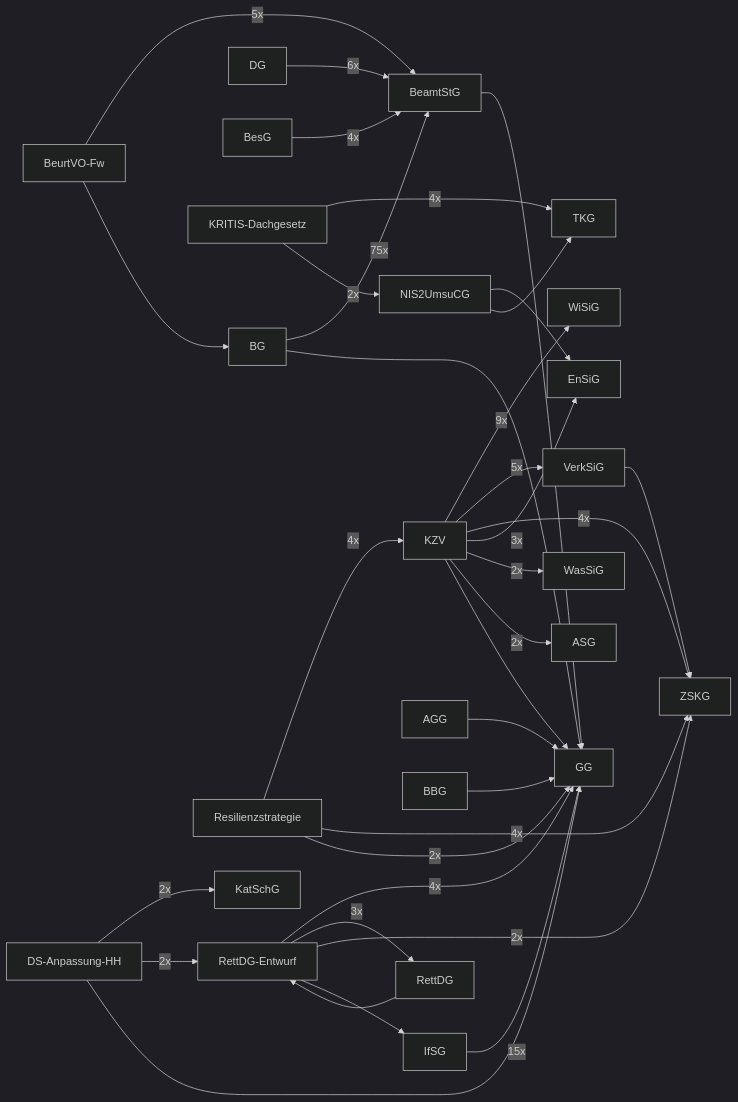
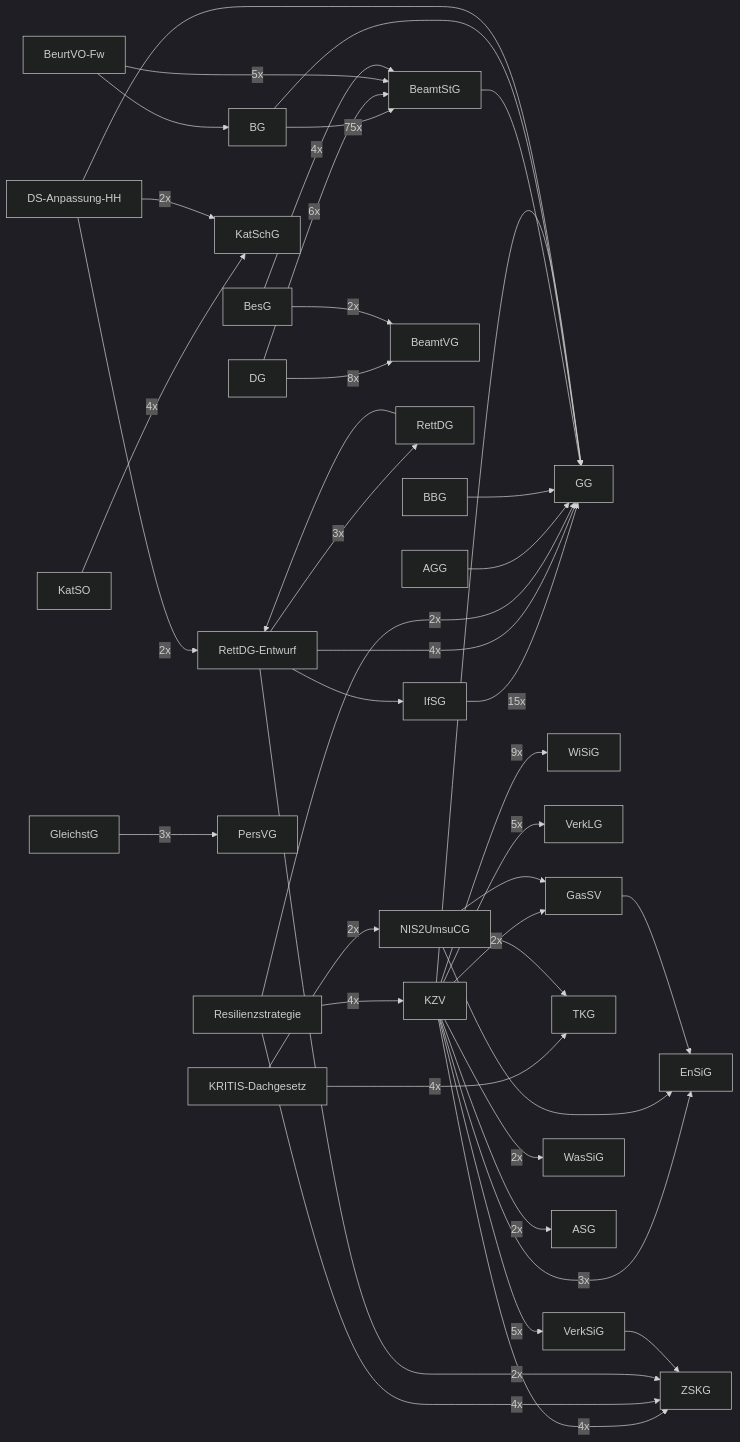
The diagram in README.md (tobiaswildezahn/rechtssammlung), drawn with Mermaid (dark theme) before and after one commit. The commit also changed other lines of this file, not shown here.

````diff
--- a/README.md
+++ b/README.md
@@ -99,60 +100,74 @@
 ```mermaid
 graph LR
     BG["BG"]
     BeamtStG["BeamtStG"]
     BG -->|75x| BeamtStG
     IfSG["IfSG"]
     GG["GG"]
     IfSG -->|15x| GG
     KZV["KZV"]
     WiSiG["WiSiG"]
     KZV -->|9x| WiSiG
     DG["DG"]
+    BeamtVG["BeamtVG"]
+    DG -->|8x| BeamtVG
     DG -->|6x| BeamtStG
     BeurtVO_Fw["BeurtVO-Fw"]
     BeurtVO_Fw -->|5x| BeamtStG
+    VerkLG["VerkLG"]
+    KZV -->|5x| VerkLG
     VerkSiG["VerkSiG"]
     KZV -->|5x| VerkSiG
     BesG["BesG"]
     BesG -->|4x| BeamtStG
+    KatSO["KatSO"]
+    KatSchG["KatSchG"]
+    KatSO -->|4x| KatSchG
     KRITIS_Dachgesetz["KRITIS-Dachgesetz"]
     TKG["TKG"]
     KRITIS_Dachgesetz -->|4x| TKG
     RettDG_Entwurf["RettDG-Entwurf"]
     RettDG_Entwurf -->|4x| GG
     ZSKG["ZSKG"]
     KZV -->|4x| ZSKG
     Resilienzstrategie["Resilienzstrategie"]
     Resilienzstrategie -->|4x| KZV
     Resilienzstrategie -->|4x| ZSKG
+    GleichstG["GleichstG"]
+    PersVG["PersVG"]
+    GleichstG -->|3x| PersVG
     RettDG["RettDG"]
     RettDG_Entwurf -->|3x| RettDG
     EnSiG["EnSiG"]
     KZV -->|3x| EnSiG
+    BesG -->|2x| BeamtVG
     DS_Anpassung_HH["DS-Anpassung-HH"]
-    KatSchG["KatSchG"]
     DS_Anpassung_HH -->|2x| KatSchG
     DS_Anpassung_HH -->|2x| RettDG_Entwurf
     NIS2UmsuCG["NIS2UmsuCG"]
     KRITIS_Dachgesetz -->|2x| NIS2UmsuCG
     RettDG_Entwurf -->|2x| ZSKG
+    GasSV["GasSV"]
+    KZV -->|2x| GasSV
     WasSiG["WasSiG"]
     KZV -->|2x| WasSiG
     ASG["ASG"]
     KZV -->|2x| ASG
     Resilienzstrategie -->|2x| GG
     AGG["AGG"]
     AGG --> GG
     BBG["BBG"]
     BBG --> GG
     BeamtStG --> GG
     BeurtVO_Fw --> BG
     BG --> GG
     DS_Anpassung_HH --> GG
     RettDG --> RettDG_Entwurf
     NIS2UmsuCG --> EnSiG
+    NIS2UmsuCG --> GasSV
     NIS2UmsuCG --> TKG
     RettDG_Entwurf --> IfSG
     KZV --> GG
+    GasSV --> EnSiG
     VerkSiG --> ZSKG
 ```
````
